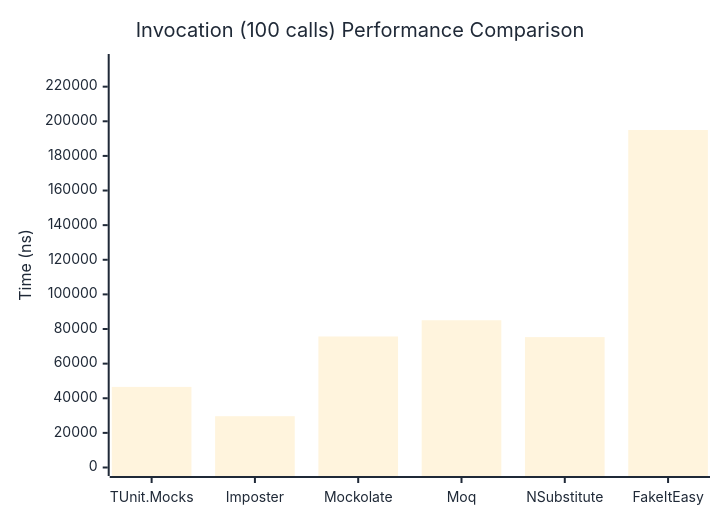
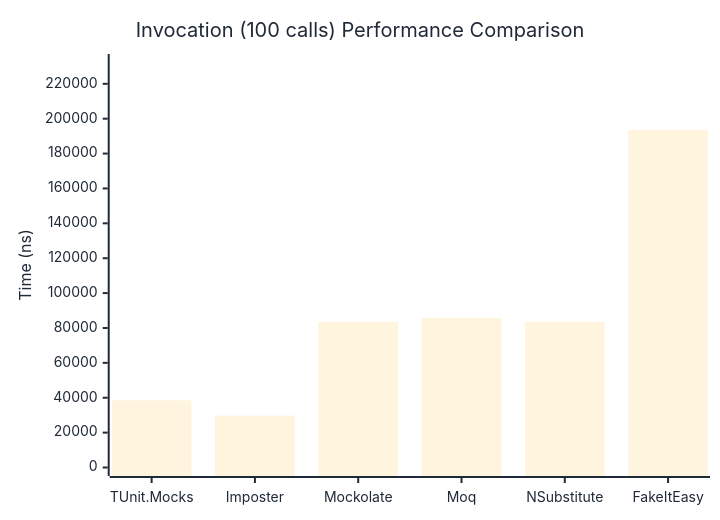
The third of 3 diagrams in docs/docs/benchmarks/mocks/Invocation.md (thomhurst/TUnit), drawn with Mermaid before and after one commit. The commit also changed other lines of this file and 14 other files, not shown here.

````diff
--- a/docs/docs/benchmarks/mocks/Invocation.md
+++ b/docs/docs/benchmarks/mocks/Invocation.md
@@ -110,27 +110,27 @@
 ```mermaid
 %%{init: {
   'theme':'base',
   'themeVariables': {
     'primaryColor': '#2563eb',
     'primaryTextColor': '#1f2937',
     'primaryBorderColor': '#1e40af',
     'lineColor': '#6b7280',
     'secondaryColor': '#7c3aed',
     'tertiaryColor': '#dc2626',
     'background': '#ffffff',
     'pie1': '#2563eb',
     'pie2': '#7c3aed',
     'pie3': '#dc2626',
     'pie4': '#f59e0b',
     'pie5': '#10b981',
     'pie6': '#06b6d4',
     'pie7': '#ec4899',
     'pie8': '#6366f1'
   }
 }}%%
 xychart-beta
   title "Invocation (100 calls) Performance Comparison"
   x-axis ["TUnit.Mocks", "Imposter", "Mockolate", "Moq", "NSubstitute", "FakeItEasy"]
-  y-axis "Time (ns)" 0 --> 233959
-  bar [46554.3, 29634.4, 75684, 85060, 75318, 194965.6]
+  y-axis "Time (ns)" 0 --> 232218
+  bar [38521, 29722.5, 83410.5, 85740.5, 83542.7, 193514.9]
 ```
````
